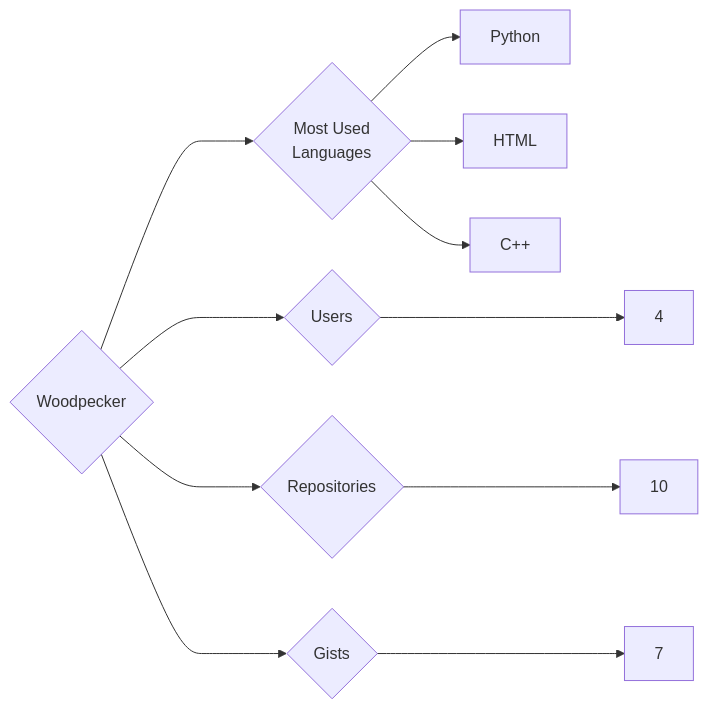
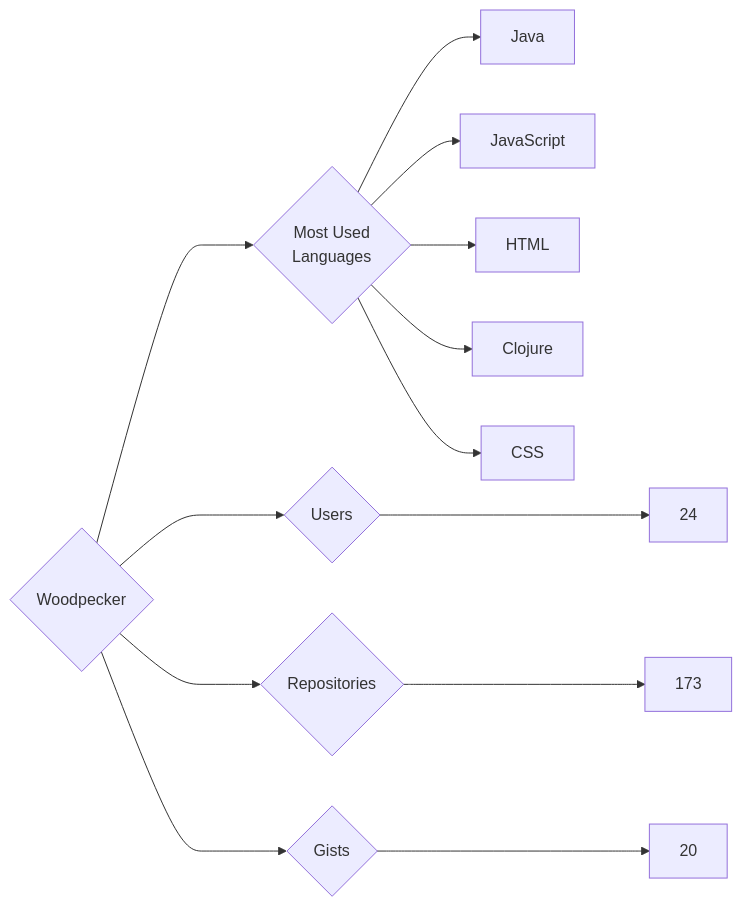
The diagram in targets/Woodpecker/README.md (trickest/insiders), drawn with Mermaid before and after one commit. The commit also changed 920 other files, not shown here.

````diff
--- a/targets/Woodpecker/README.md
+++ b/targets/Woodpecker/README.md
@@ -3,11 +3,13 @@
 ```mermaid
 graph LR
 COMPANY_NAME{Woodpecker}
-COMPANY_NAME ---> U{Users} ---> UN[4]
-COMPANY_NAME ---> R{Repositories} ---> RN[10]
-COMPANY_NAME ---> G{Gists} ---> GN[7]
+COMPANY_NAME ---> U{Users} ---> UN[24]
+COMPANY_NAME ---> R{Repositories} ---> RN[173]
+COMPANY_NAME ---> G{Gists} ---> GN[20]
 COMPANY_NAME ---> ML{Most Used<br>Languages}
-ML --> Python[Python]
+ML --> Java[Java]
+ML --> JavaScript[JavaScript]
 ML --> HTML[HTML]
-ML --> C++[C++]
+ML --> Clojure[Clojure]
+ML --> CSS[CSS]
 ```
````
